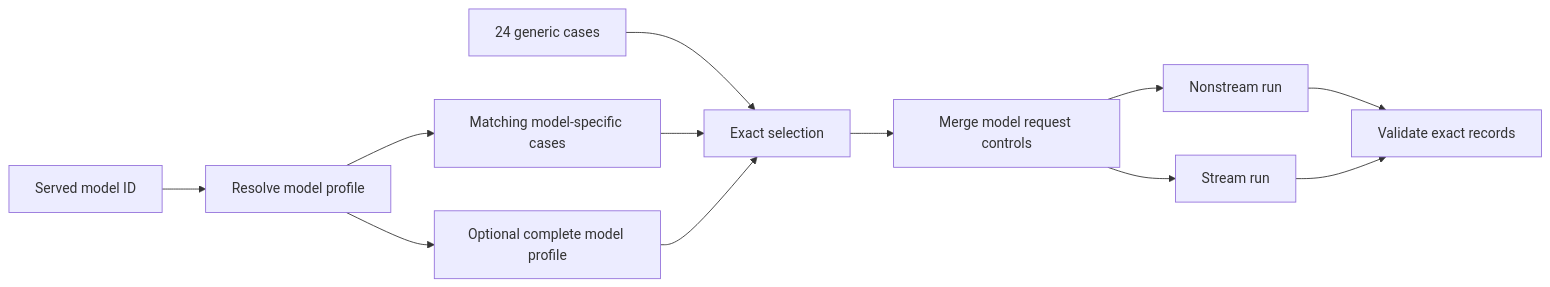
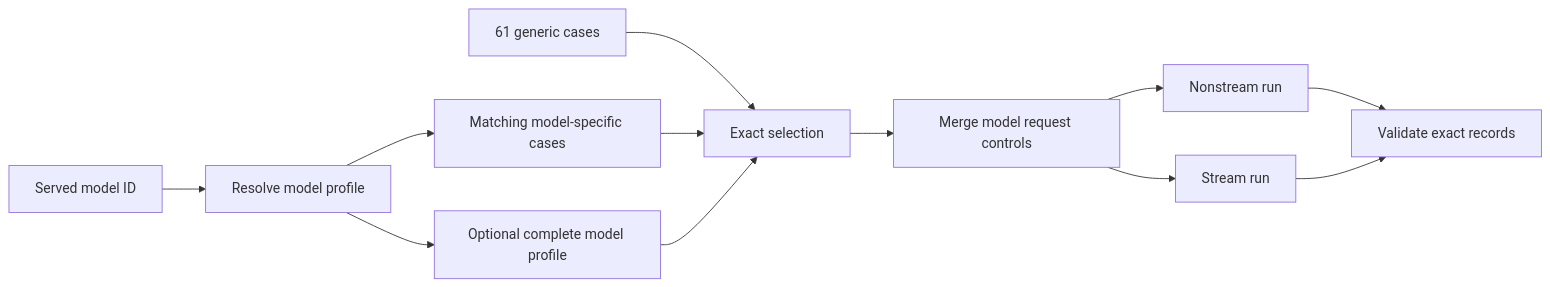
Before and after one commit to ai-dynamo/dynamo: the second of 5 diagrams in benchmarks/tool_calling/README.md, drawn with Mermaid. The commit also changed other lines of this file and 6 other files, not shown here.

````diff
--- a/benchmarks/tool_calling/README.md
+++ b/benchmarks/tool_calling/README.md
@@ -55,13 +91,13 @@
 ```mermaid
 flowchart LR
     M[Served model ID] --> P[Resolve model profile]
-    G[24 generic cases] --> S[Exact selection]
+    G[61 generic cases] --> S[Exact selection]
     P --> X[Matching model-specific cases]
     X --> S
     P --> F[Optional complete model profile]
     F --> S
     S --> Q[Merge model request controls]
     Q --> N[Nonstream run]
     Q --> R[Stream run]
     N & R --> V[Validate exact records]
 ```
````
